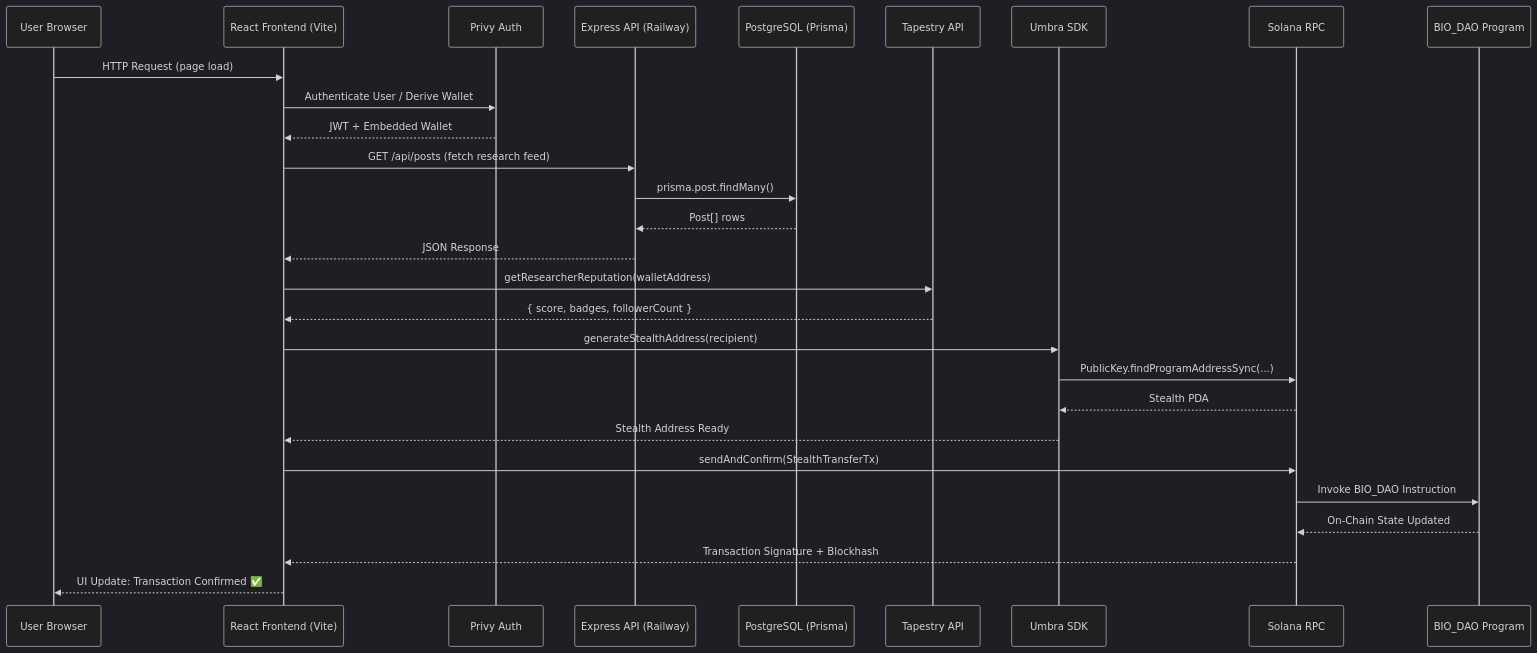
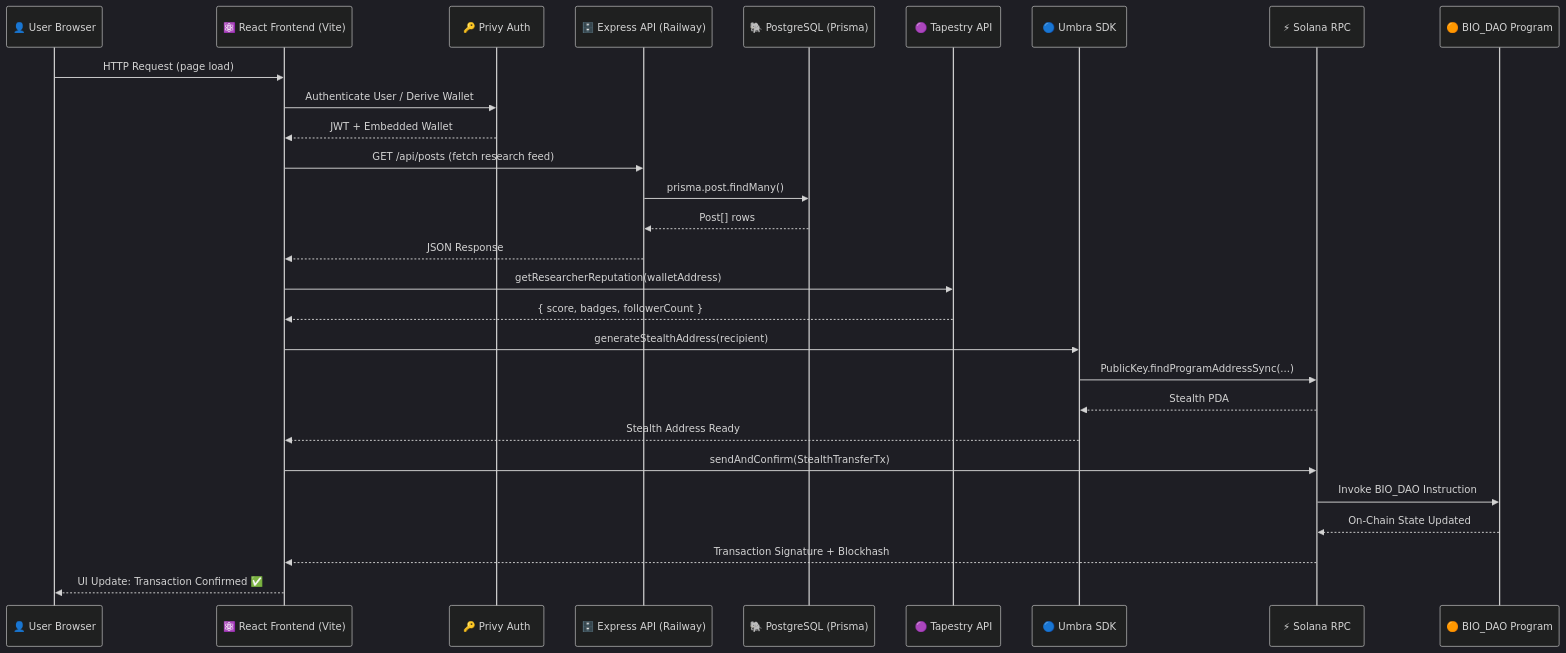
Before and after one commit to Joseph-hackathon/Biotry: the fourth of 4 diagrams in README.md, drawn with Mermaid (dark theme). The commit also changed other lines of this file and 14 other files, not shown here.

````diff
--- a/README.md
+++ b/README.md
@@ -422,31 +458,31 @@
 ```mermaid
 sequenceDiagram
-    participant U as User Browser
-    participant F as React Frontend (Vite)
-    participant P as Privy Auth
-    participant API as Express API (Railway)
-    participant DB as PostgreSQL (Prisma)
-    participant T as Tapestry API
-    participant UM as Umbra SDK
-    participant SOL as Solana RPC
-    participant C as BIO_DAO Program
+    participant U as 👤 User Browser
+    participant F as ⚛️ React Frontend (Vite)
+    participant P as 🔑 Privy Auth
+    participant API as 🗄️ Express API (Railway)
+    participant DB as 🐘 PostgreSQL (Prisma)
+    participant T as 🟣 Tapestry API
+    participant UM as 🔵 Umbra SDK
+    participant SOL as ⚡ Solana RPC
+    participant C as 🟠 BIO_DAO Program
 
     U->>F: HTTP Request (page load)
     F->>P: Authenticate User / Derive Wallet
     P-->>F: JWT + Embedded Wallet
     F->>API: GET /api/posts (fetch research feed)
     API->>DB: prisma.post.findMany()
     DB-->>API: Post[] rows
     API-->>F: JSON Response
     F->>T: getResearcherReputation(walletAddress)
     T-->>F: { score, badges, followerCount }
     F->>UM: generateStealthAddress(recipient)
     UM->>SOL: PublicKey.findProgramAddressSync(...)
     SOL-->>UM: Stealth PDA
     UM-->>F: Stealth Address Ready
     F->>SOL: sendAndConfirm(StealthTransferTx)
     SOL->>C: Invoke BIO_DAO Instruction
     C-->>SOL: On-Chain State Updated
     SOL-->>F: Transaction Signature + Blockhash
     F-->>U: UI Update: Transaction Confirmed ✅
 ```
````
